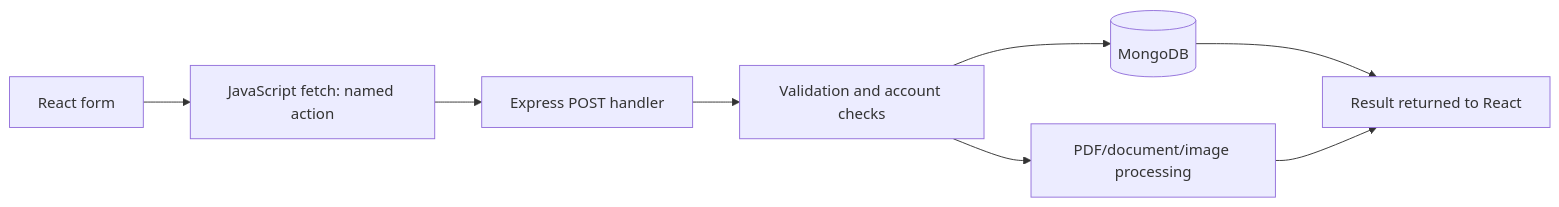
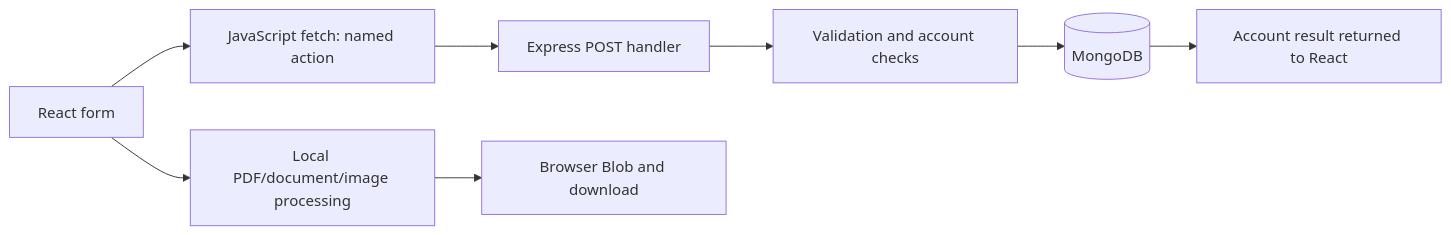
One commit to Nishant-095/miniproject changed the diagram in PROJECT_EXPLANATION.md. Above: the diagram before and after it, drawn with Mermaid. The commit also changed other lines of this file and 44 other files, not shown here.

````diff
--- a/PROJECT_EXPLANATION.md
+++ b/PROJECT_EXPLANATION.md
@@ -11,10 +11,10 @@
 ```mermaid
 flowchart LR
   A[React form] --> B[JavaScript fetch: named action]
   B --> C[Express POST handler]
   C --> D[Validation and account checks]
   D --> E[(MongoDB)]
-  D --> F[PDF/document/image processing]
-  E --> G[Result returned to React]
-  F --> G
+  A --> F[Local PDF/document/image processing]
+  E --> G[Account result returned to React]
+  F --> H[Browser Blob and download]
 ```
````
